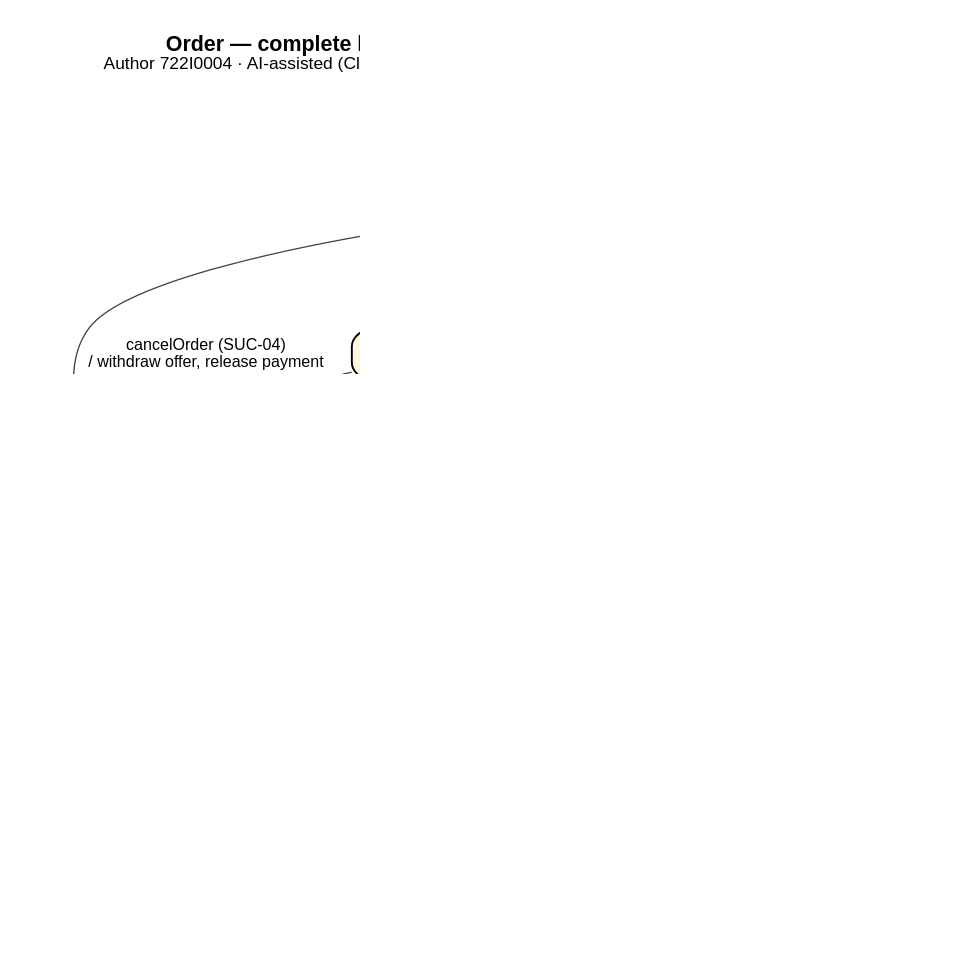
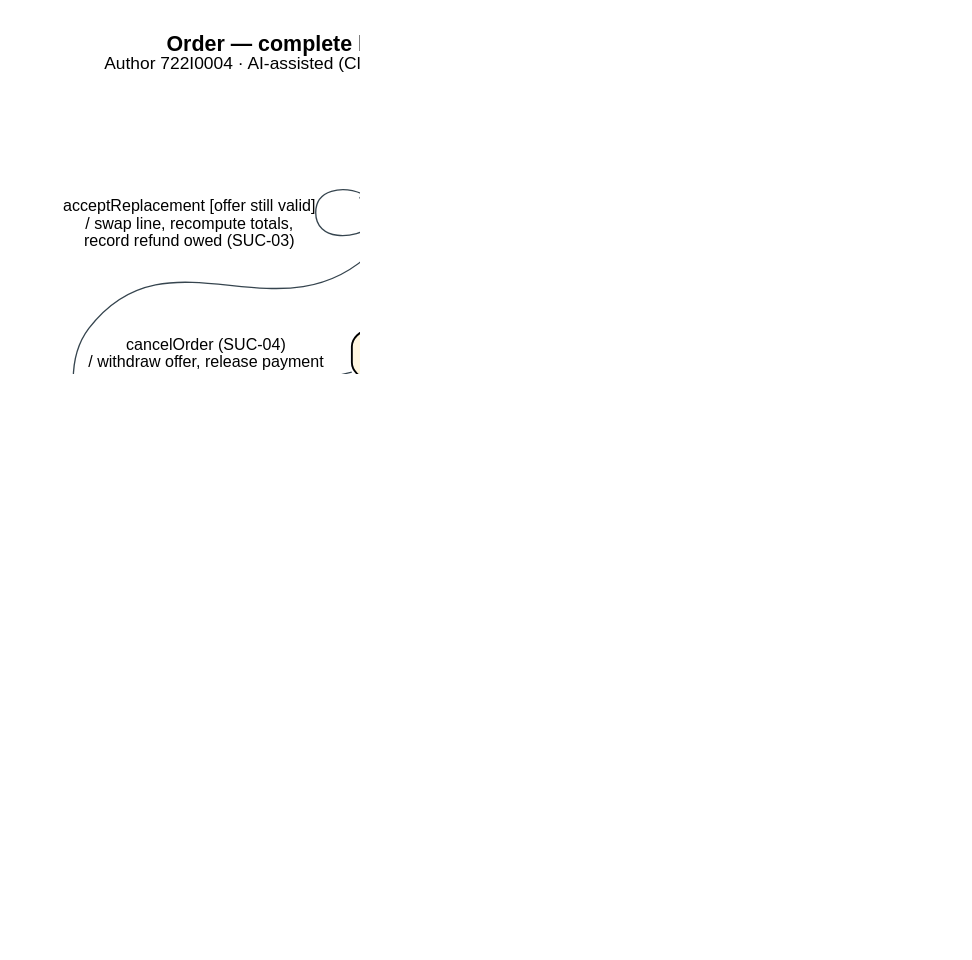
The diagram in models/shared/sm_order_overview.dot (Dat071104/SaigonBite), drawn with Graphviz before and after one commit. The commit also changed 329 other files, not shown here.

```diff
--- a/models/shared/sm_order_overview.dot
+++ b/models/shared/sm_order_overview.dot
@@ -1,46 +1,47 @@
 digraph G {
 graph [rankdir=TB, fontname="Arial", fontsize=16, nodesep=0.6, ranksep=0.45, pad=0.3, dpi=200,
  labelloc="t", label=<<B>Order — complete lifecycle (states and transitions from the code)</B><BR/><FONT POINT-SIZE="13">Author 722I0004 · AI-assisted (Claude) · detailed views with postcondition links: Figures 2.3A–2.3E</FONT>>];
 node [shape=box, style="rounded,filled", fillcolor="#FFF6E0", fontname="Arial", fontsize=15, penwidth=1.4];
 edge [fontname="Arial", fontsize=12, color="#36454F"];
 start [shape=circle, label="", width=0.25, style=filled, fillcolor=black];
 "CANCELLED" [label="CANCELLED", peripheries=2, fillcolor="#EEF2F5"];
 "CONFIRMED" [label="CONFIRMED"];
 "DELIVERED" [label="DELIVERED", peripheries=2, fillcolor="#EEF2F5"];
 "DELIVERY_FAILED" [label="DELIVERY_FAILED", peripheries=2, fillcolor="#EEF2F5"];
 "OUT_FOR_DELIVERY" [label="OUT_FOR_DELIVERY"];
 "PLACED" [label="PLACED"];
 "PREPARING" [label="PREPARING"];
 "READY" [label="READY"];
 "REJECTED" [label="REJECTED", peripheries=2, fillcolor="#EEF2F5"];
 "end_CANCELLED" [shape=doublecircle, label="", width=0.18, style=filled, fillcolor=black];
 "CANCELLED" -> "end_CANCELLED" [label="archiveOrder\n(SUC-09)", fontsize=11, style=dotted];
 "end_DELIVERED" [shape=doublecircle, label="", width=0.18, style=filled, fillcolor=black];
 "DELIVERED" -> "end_DELIVERED" [label="archiveOrder\n(SUC-09)", fontsize=11, style=dotted];
 "end_DELIVERY_FAILED" [shape=doublecircle, label="", width=0.18, style=filled, fillcolor=black];
 "DELIVERY_FAILED" -> "end_DELIVERY_FAILED" [label="archiveOrder\n(SUC-09)", fontsize=11, style=dotted];
 "end_REJECTED" [shape=doublecircle, label="", width=0.18, style=filled, fillcolor=black];
 "REJECTED" -> "end_REJECTED" [label="archiveOrder\n(SUC-09)", fontsize=11, style=dotted];
-start -> PLACED [label="confirmCheckout [quote unchanged,\nhub not busy, payment approved]\n/ save lines, snapshots, payment (UC-01)"];
-PLACED -> PLACED [label="offerReplacement [line unavailable] /\nacceptReplacement [offer valid]\n(UC-05, SUC-03)"];
+start -> PLACED [label="confirmCheckout [quote unchanged, hub not busy,\nCOD, or ONLINE approved by the simulator]\n/ save lines, snapshots, payment (UC-01)"];
+PLACED:e -> PLACED:ne [label="offerReplacement [line unavailable,\nno open offer] / open offer (UC-05)"];
+PLACED:w -> PLACED:nw [label="acceptReplacement [offer still valid]\n/ swap line, recompute totals,\nrecord refund owed (SUC-03)"];
 "CONFIRMED" -> "CANCELLED" [label="cancelOrder (SUC-04)
 / release payment"];
 "CONFIRMED" -> "PREPARING" [label="startPreparing
 [own hub] (SUC-05)"];
 "OUT_FOR_DELIVERY" -> "DELIVERED" [label="confirmDelivered [assigned shipper;
 COD cash = total] / COD PAID (UC-02)"];
 "OUT_FOR_DELIVERY" -> "DELIVERY_FAILED" [label="reportFailure(reason) [assigned shipper]
 / release payment (UC-02)"];
-"PLACED" -> "CANCELLED" [label="cancelOrder (SUC-04)
+"PLACED":sw -> "CANCELLED" [label="cancelOrder (SUC-04)
 / withdraw offer, release payment"];
 "PLACED" -> "CONFIRMED" [label="confirmOrder [own hub, no open offer]
 (UC-05)"];
-"PLACED" -> "REJECTED" [label="rejectOrder(reason) (UC-05) or
+"PLACED":se -> "REJECTED" [label="rejectOrder(reason) (UC-05) or
 declineReplacement (SUC-03)
 / release payment"];
 "PREPARING" -> "READY" [label="markReady (SUC-05)
 / create Delivery AWAITING_PICKUP"];
 "READY" -> "OUT_FOR_DELIVERY" [label="takeDelivery [active shipper,
 not yet assigned] (UC-02)"];
 { rank=same; REJECTED; CANCELLED; }
 }
```
